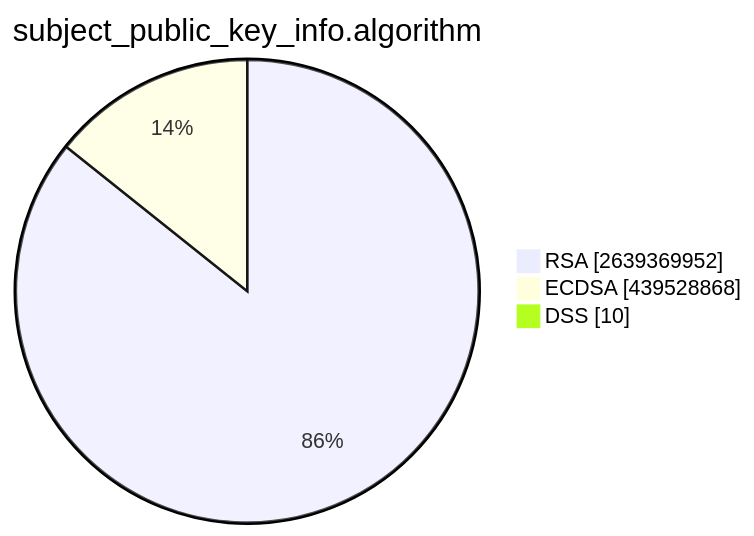
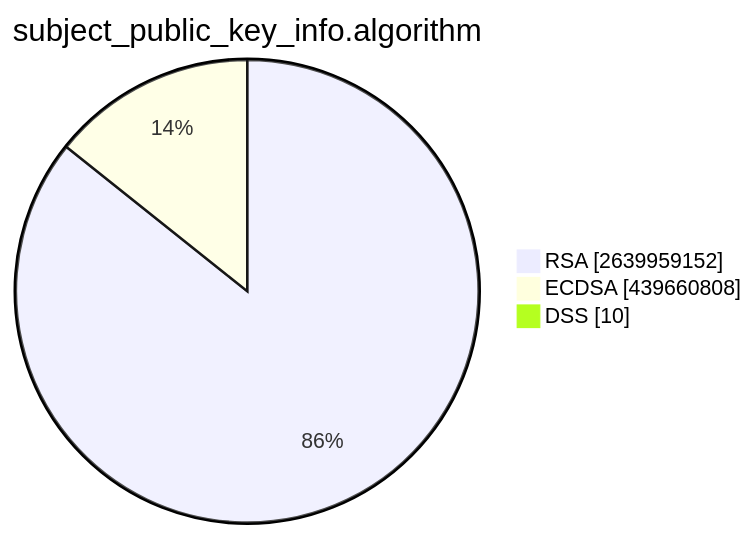
One commit to christiankrug/ctmonitor_visualization changed the second of 15 diagrams in TOTAL/README.md. Above: the diagram before and after it, drawn with Mermaid. The commit also changed other lines of this file, not shown here.

````diff
--- a/TOTAL/README.md
+++ b/TOTAL/README.md
@@ -6,7 +6,7 @@
 ```mermaid
 pie showData
 title subject_public_key_info.algorithm
-"RSA" :2639369952
-"ECDSA" :439528868
+"RSA" :2639959152
+"ECDSA" :439660808
 "DSS" :10
 ```
````
